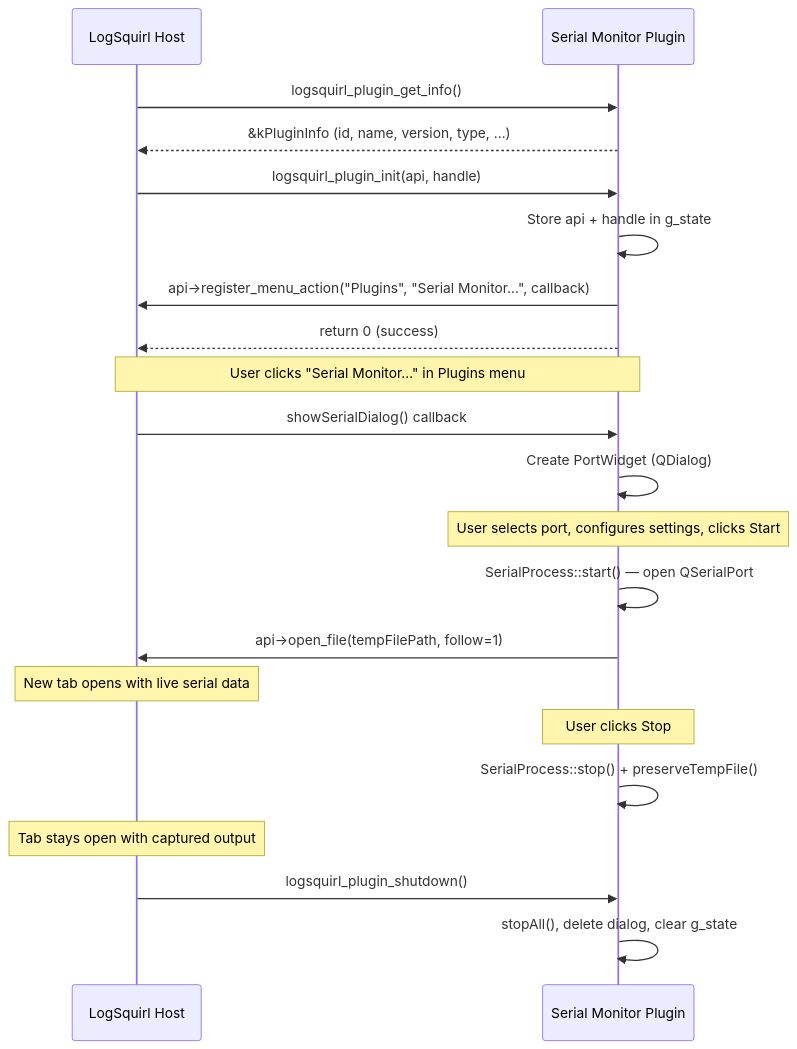
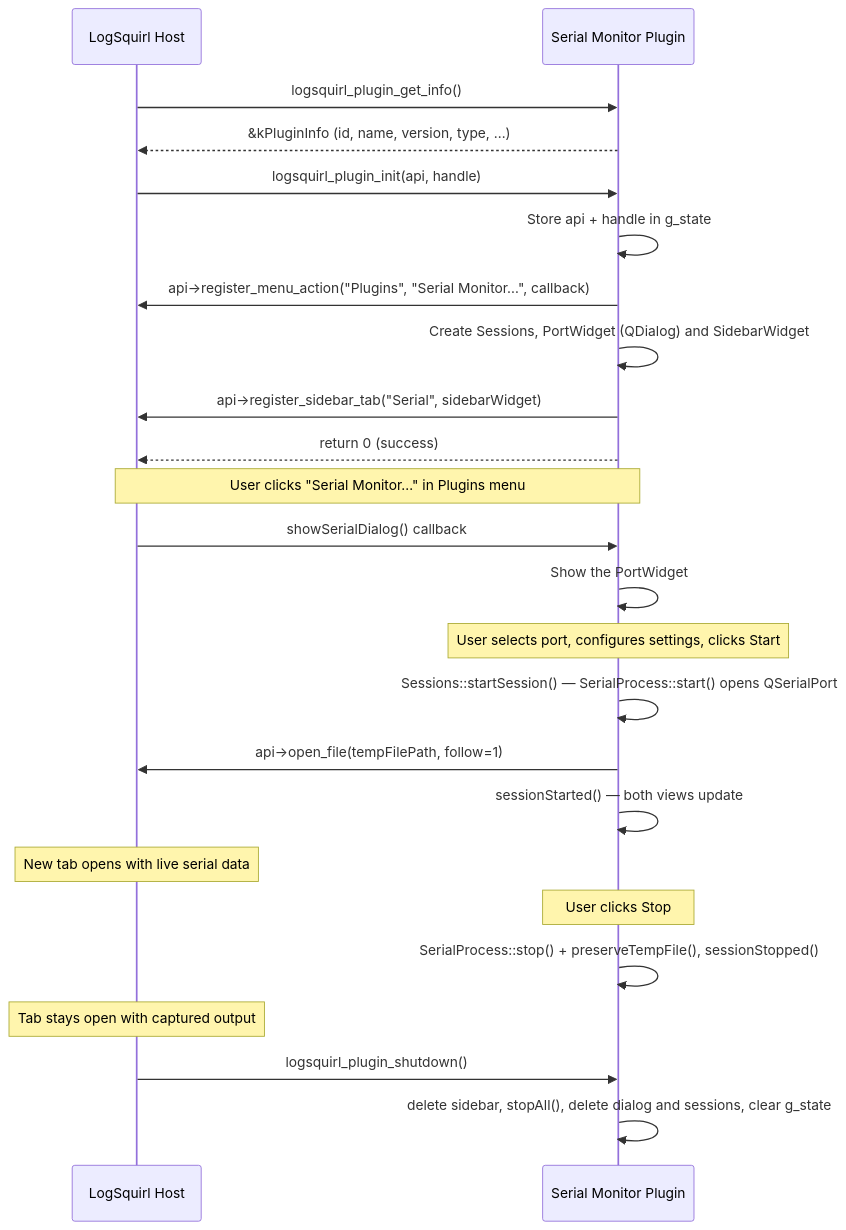
Before and after one commit to 64x-lunicorn/LogSquirl-Serial: the first of 2 diagrams in docs/DEVELOPER_GUIDE.md, drawn with Mermaid. The commit also changed other lines of this file and 19 other files, not shown here.

First line of the commit message:
Sessions live apart from the dialog, with their counters public (#49)

````diff
--- a/docs/DEVELOPER_GUIDE.md
+++ b/docs/DEVELOPER_GUIDE.md
@@ -24,34 +24,37 @@
 ```mermaid
 sequenceDiagram
     participant Host as LogSquirl Host
     participant Plugin as Serial Monitor Plugin
 
     Host->>Plugin: logsquirl_plugin_get_info()
     Plugin-->>Host: &kPluginInfo (id, name, version, type, …)
 
     Host->>Plugin: logsquirl_plugin_init(api, handle)
     Plugin->>Plugin: Store api + handle in g_state
     Plugin->>Host: api->register_menu_action("Plugins", "Serial Monitor…", callback)
+    Plugin->>Plugin: Create Sessions, PortWidget (QDialog) and SidebarWidget
+    Plugin->>Host: api->register_sidebar_tab("Serial", sidebarWidget)
     Plugin-->>Host: return 0 (success)
 
     Note over Host,Plugin: User clicks "Serial Monitor…" in Plugins menu
 
     Host->>Plugin: showSerialDialog() callback
-    Plugin->>Plugin: Create PortWidget (QDialog)
+    Plugin->>Plugin: Show the PortWidget
 
     Note over Plugin: User selects port, configures settings, clicks Start
 
-    Plugin->>Plugin: SerialProcess::start() — open QSerialPort
+    Plugin->>Plugin: Sessions::startSession() — SerialProcess::start() opens QSerialPort
     Plugin->>Host: api->open_file(tempFilePath, follow=1)
+    Plugin->>Plugin: sessionStarted() — both views update
 
     Note over Host: New tab opens with live serial data
 
     Note over Plugin: User clicks Stop
 
-    Plugin->>Plugin: SerialProcess::stop() + preserveTempFile()
+    Plugin->>Plugin: SerialProcess::stop() + preserveTempFile(), sessionStopped()
 
     Note over Host: Tab stays open with captured output
 
     Host->>Plugin: logsquirl_plugin_shutdown()
-    Plugin->>Plugin: stopAll(), delete dialog, clear g_state
+    Plugin->>Plugin: delete sidebar, stopAll(), delete dialog and sessions, clear g_state
 ```
````
